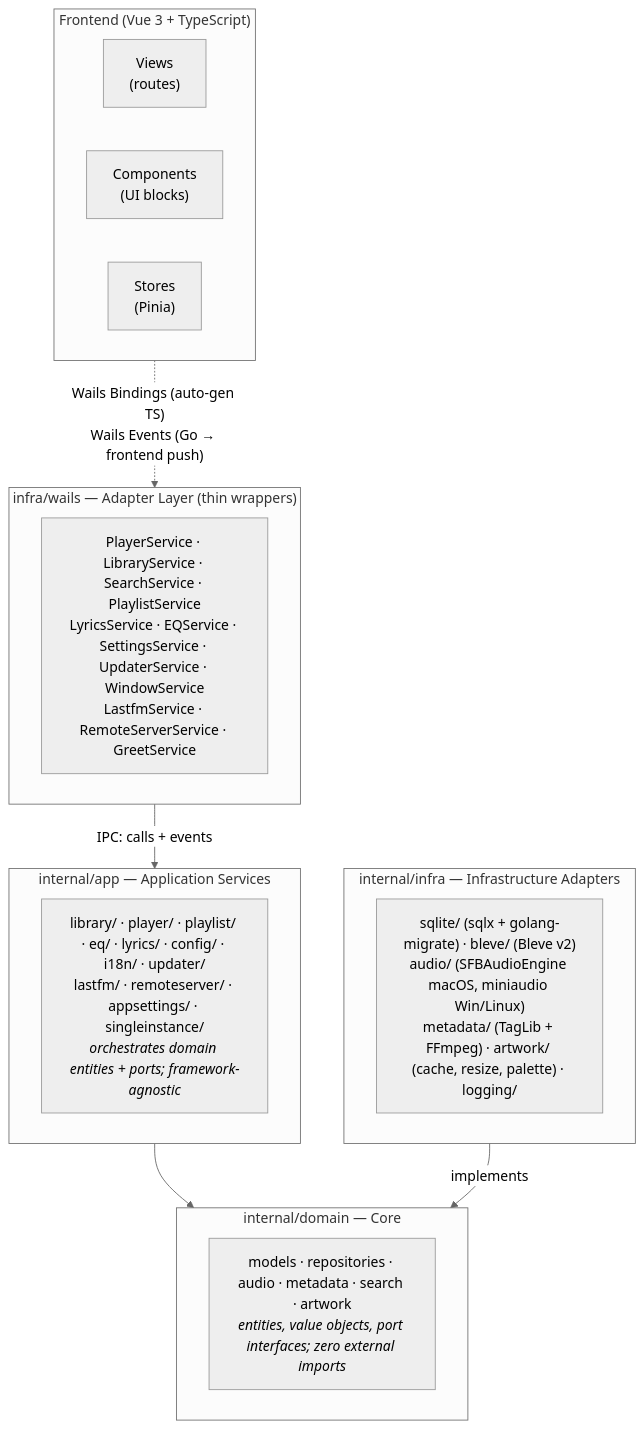
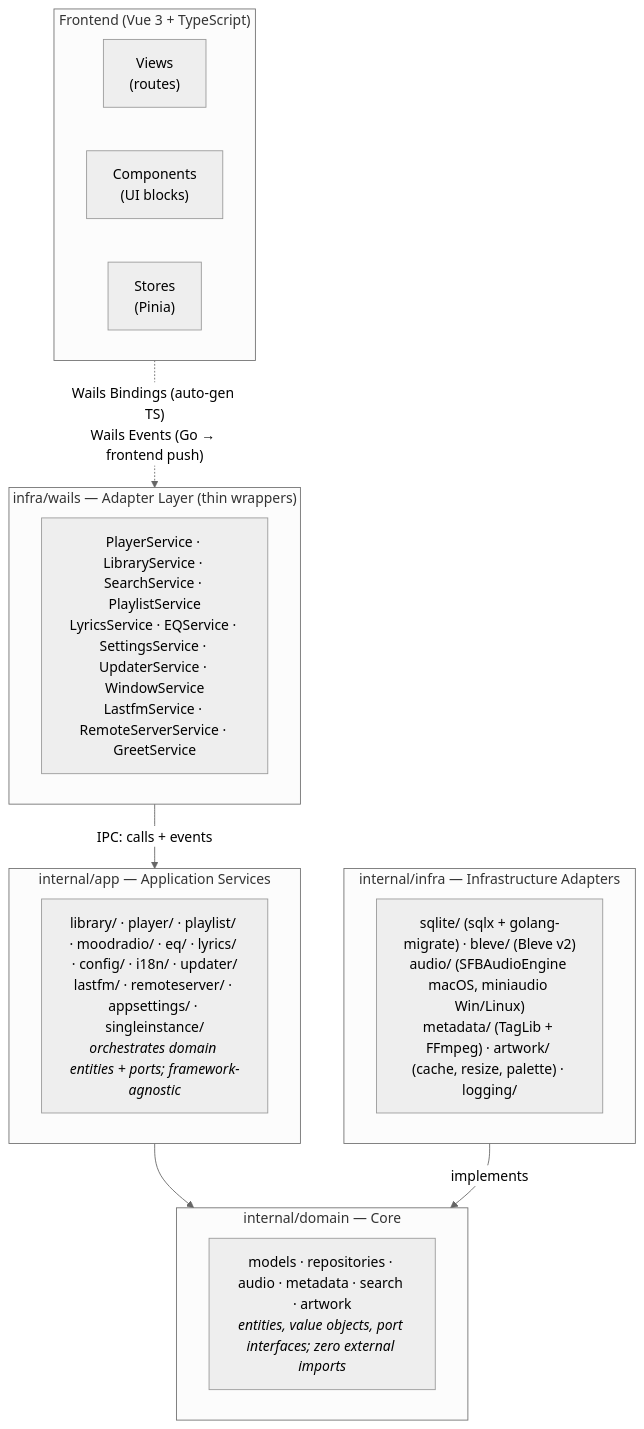
The first of 2 diagrams in catalog/architecture/README.md (misa198/airmedy), drawn with Mermaid (neutral theme) before and after one commit. The commit also changed 11 other files, not shown here.

````diff
--- a/catalog/architecture/README.md
+++ b/catalog/architecture/README.md
@@ -9,30 +9,30 @@
 ```mermaid
 flowchart TB
     subgraph FE["Frontend (Vue 3 + TypeScript)"]
         direction LR
         Views["Views<br/>(routes)"]
         Comps["Components<br/>(UI blocks)"]
         Stores["Stores<br/>(Pinia)"]
     end
     FE -.->|"Wails Bindings (auto-gen TS)<br/>Wails Events (Go → frontend push)"| WAILS
 
     subgraph WAILS["infra/wails — Adapter Layer (thin wrappers)"]
         Adapters["PlayerService · LibraryService · SearchService · PlaylistService<br/>LyricsService · EQService · SettingsService · UpdaterService · WindowService<br/>LastfmService · RemoteServerService · GreetService"]
     end
 
     subgraph APP["internal/app — Application Services"]
-        AppSvc["library/ · player/ · playlist/ · eq/ · lyrics/ · config/ · i18n/ · updater/<br/>lastfm/ · remoteserver/ · appsettings/ · singleinstance/<br/><i>orchestrates domain entities + ports; framework-agnostic</i>"]
+        AppSvc["library/ · player/ · playlist/ · moodradio/ · eq/ · lyrics/ · config/ · i18n/ · updater/<br/>lastfm/ · remoteserver/ · appsettings/ · singleinstance/<br/><i>orchestrates domain entities + ports; framework-agnostic</i>"]
     end
 
     subgraph DOMAIN["internal/domain — Core"]
         Dom["models · repositories · audio · metadata · search · artwork<br/><i>entities, value objects, port interfaces; zero external imports</i>"]
     end
 
     subgraph INFRA["internal/infra — Infrastructure Adapters"]
         Inf["sqlite/ (sqlx + golang-migrate) · bleve/ (Bleve v2)<br/>audio/ (SFBAudioEngine macOS, miniaudio Win/Linux)<br/>metadata/ (TagLib + FFmpeg) · artwork/ (cache, resize, palette) · logging/"]
     end
 
     WAILS -->|"IPC: calls + events"| APP
     APP --> DOMAIN
     INFRA -->|implements| DOMAIN
 ```
````
